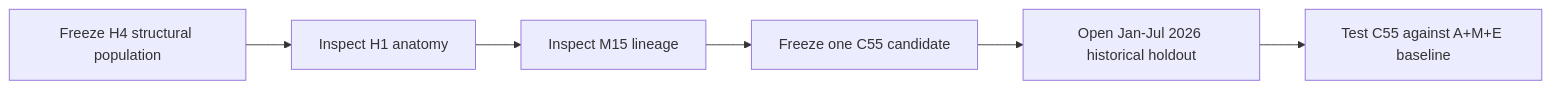
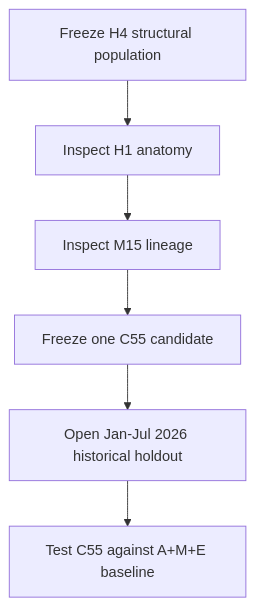
One commit to sweethoney1/miller-lunar-publications changed the diagram in research-notes/001-the-dinosaur-accident/README.md. Above: the diagram before and after it, drawn with Mermaid. The commit also changed other lines of this file and 5 other files, not shown here.

````diff
--- a/research-notes/001-the-dinosaur-accident/README.md
+++ b/research-notes/001-the-dinosaur-accident/README.md
@@ -116,8 +121,8 @@
 ```mermaid
-flowchart LR
+flowchart TD
     A[Freeze H4 structural population] --> B[Inspect H1 anatomy]
     B --> C[Inspect M15 lineage]
     C --> D[Freeze one C55 candidate]
     D --> E[Open Jan-Jul 2026 historical holdout]
     E --> F[Test C55 against A+M+E baseline]
 ```
````
